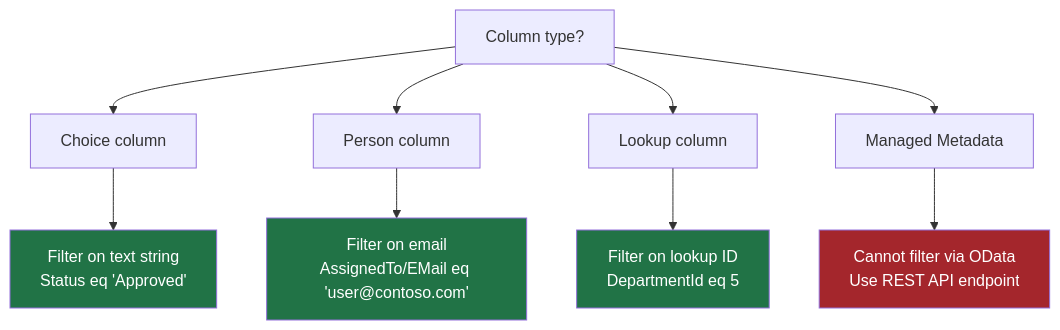
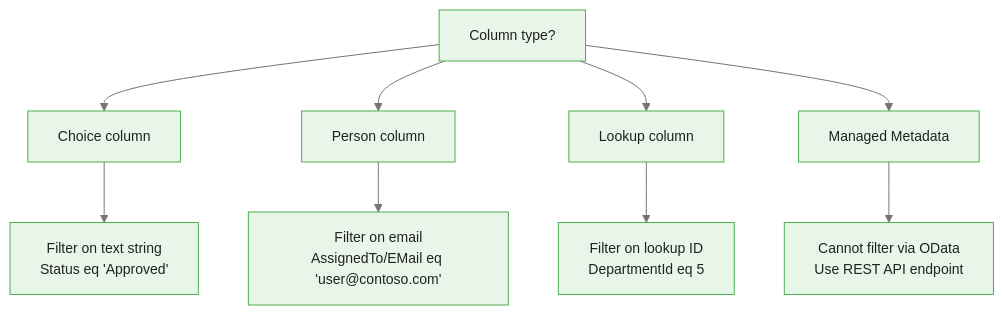
The fourth of 10 diagrams in courses/power-automate/modules/module_05_sharepoint_excel/guides/01_sharepoint_integration_slides.md (m-deane/course-creator), drawn with Mermaid before and after one commit. The commit also changed other lines of this file and 72 other files, not shown here.

````diff
--- a/courses/power-automate/modules/module_05_sharepoint_excel/guides/01_sharepoint_integration_slides.md
+++ b/courses/power-automate/modules/module_05_sharepoint_excel/guides/01_sharepoint_integration_slides.md
@@ -149,16 +167,13 @@
 ```mermaid
+%%{init: {"theme": "base", "themeVariables": {"primaryColor": "#e8f5e9", "primaryBorderColor": "#4caf50", "primaryTextColor": "#212121", "secondaryColor": "#e3f2fd", "tertiaryColor": "#fff8e1", "lineColor": "#757575", "fontFamily": "Inter, sans-serif", "fontSize": "14px"}}}%%
 graph TD
     C["Column type?"]
     C --> CH["Choice column"]
     C --> PE["Person column"]
     C --> LK["Lookup column"]
     C --> MM["Managed Metadata"]
     CH --> CH2["Filter on text string\nStatus eq 'Approved'"]
     PE --> PE2["Filter on email\nAssignedTo/EMail eq 'user@contoso.com'"]
     LK --> LK2["Filter on lookup ID\nDepartmentId eq 5"]
     MM --> MM2["Cannot filter via OData\nUse REST API endpoint"]
-    style CH2 fill:#217346,color:#fff
-    style PE2 fill:#217346,color:#fff
-    style LK2 fill:#217346,color:#fff
-    style MM2 fill:#A4262C,color:#fff
 ```
````
